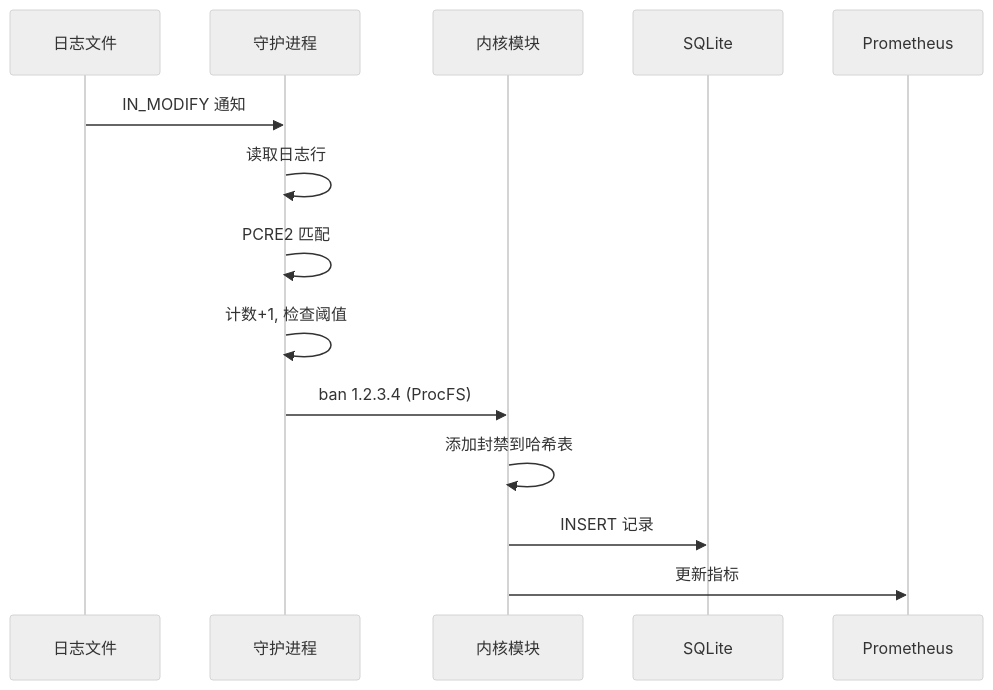
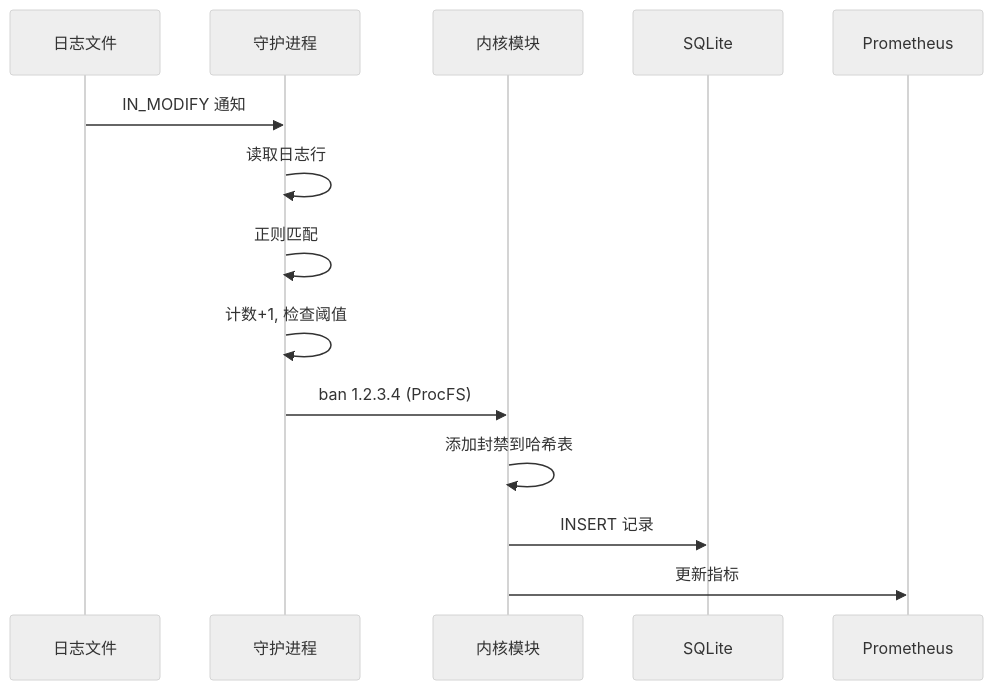
One commit to SnowCore8/linux-firewall-kmod changed the third of 7 diagrams in docs/zh/architecture/data-flow.md. Above: the diagram before and after it, drawn with Mermaid (neutral theme). The commit also changed other lines of this file and 35 other files, not shown here.

````diff
--- a/docs/zh/architecture/data-flow.md
+++ b/docs/zh/architecture/data-flow.md
@@ -37,17 +37,17 @@
 ```mermaid
 sequenceDiagram
     participant Log as 日志文件
     participant Daemon as 守护进程
     participant Kernel as 内核模块
     participant SQLite as SQLite
     participant Prometheus as Prometheus
 
     Log->>Daemon: IN_MODIFY 通知
     Daemon->>Daemon: 读取日志行
-    Daemon->>Daemon: PCRE2 匹配
+    Daemon->>Daemon: 正则匹配
     Daemon->>Daemon: 计数+1, 检查阈值
     Daemon->>Kernel: ban 1.2.3.4 (ProcFS)
     Kernel->>Kernel: 添加封禁到哈希表
     Kernel->>SQLite: INSERT 记录
     Kernel->>Prometheus: 更新指标
 ```
````
